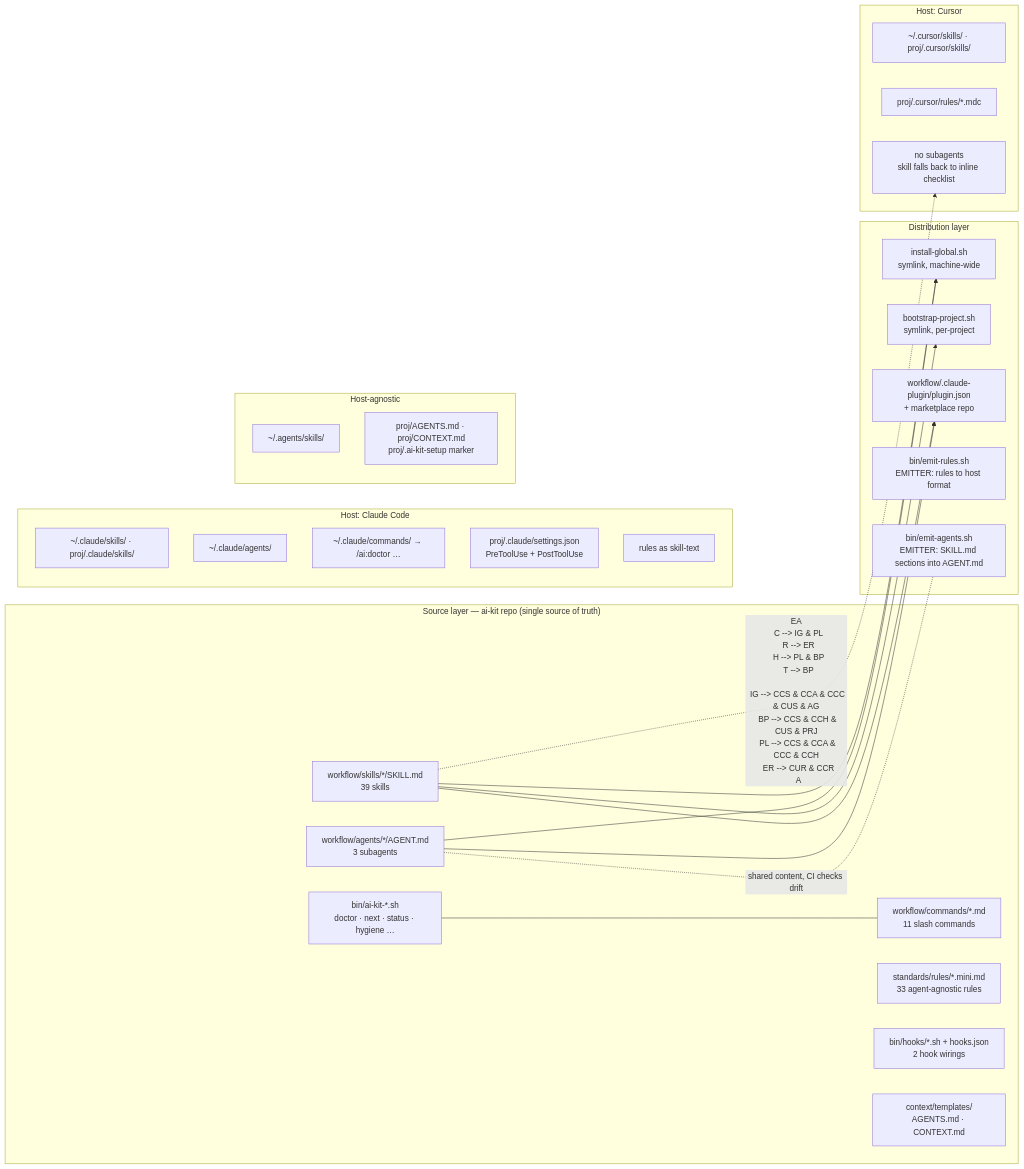
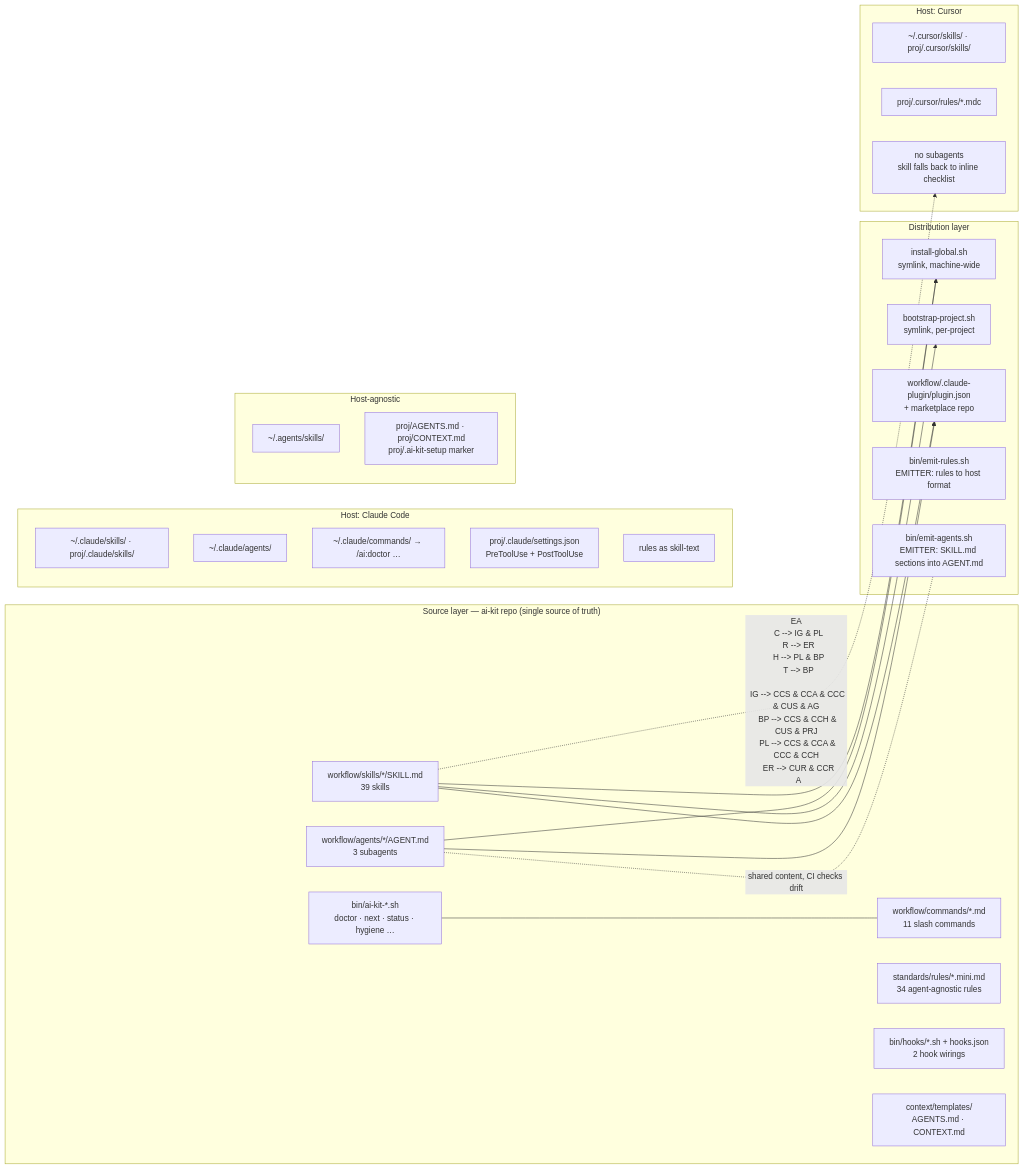
The first of 2 diagrams in docs/diagrams.md (yusufkaracaburun/ai-kit), drawn with Mermaid before and after one commit. The commit also changed 8 other files, not shown here.

````diff
--- a/docs/diagrams.md
+++ b/docs/diagrams.md
@@ -10,55 +10,55 @@
 ```mermaid
 flowchart LR
   subgraph SRC["Source layer — ai-kit repo (single source of truth)"]
     S["workflow/skills/*/SKILL.md<br/>39 skills"]
     A["workflow/agents/*/AGENT.md<br/>3 subagents"]
     C["workflow/commands/*.md<br/>11 slash commands"]
-    R["standards/rules/*.mini.md<br/>33 agent-agnostic rules"]
+    R["standards/rules/*.mini.md<br/>34 agent-agnostic rules"]
     H["bin/hooks/*.sh + hooks.json<br/>2 hook wirings"]
     B["bin/ai-kit-*.sh<br/>doctor · next · status · hygiene …"]
     T["context/templates/<br/>AGENTS.md · CONTEXT.md"]
   end
 
   subgraph DIST["Distribution layer"]
     IG["install-global.sh<br/>symlink, machine-wide"]
     BP["bootstrap-project.sh<br/>symlink, per-project"]
     PL["workflow/.claude-plugin/plugin.json<br/>+ marketplace repo"]
     ER["bin/emit-rules.sh<br/>EMITTER: rules to host format"]
     EA["bin/emit-agents.sh<br/>EMITTER: SKILL.md sections into AGENT.md"]
   end
 
   subgraph CC["Host: Claude Code"]
     CCS["~/.claude/skills/ · proj/.claude/skills/"]
     CCA["~/.claude/agents/"]
     CCC["~/.claude/commands/ → /ai:doctor …"]
     CCH["proj/.claude/settings.json<br/>PreToolUse + PostToolUse"]
     CCR["rules as skill-text"]
   end
 
   subgraph CU["Host: Cursor"]
     CUS["~/.cursor/skills/ · proj/.cursor/skills/"]
     CUR["proj/.cursor/rules/*.mdc"]
     CUN["no subagents<br/>skill falls back to inline checklist"]
   end
 
   subgraph HA["Host-agnostic"]
     AG["~/.agents/skills/"]
     PRJ["proj/AGENTS.md · proj/CONTEXT.md<br/>proj/.ai-kit-setup marker"]
   end
 
   S --> IG & BP & PL
   A --> IG & PL
   A -. "shared content, CI checks drift" .- EA
   S -. EA
   C --> IG & PL
   R --> ER
   H --> PL & BP
   T --> BP
 
   IG --> CCS & CCA & CCC & CUS & AG
   BP --> CCS & CCH & CUS & PRJ
   PL --> CCS & CCA & CCC & CCH
   ER --> CUR & CCR
   A -.-> CUN
   B --- C
 ```
````
